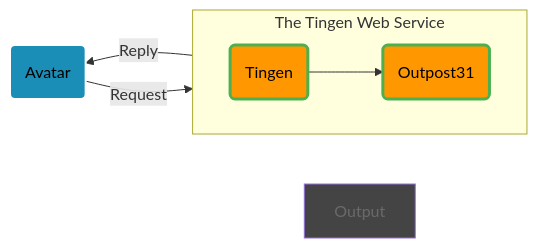
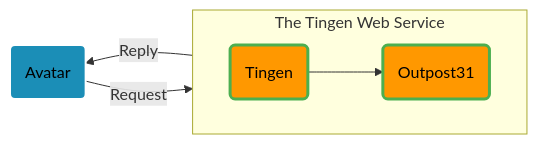
Before and after one commit to spectrum-health-systems/tingen-web-service: the diagram in README.md, drawn with Mermaid. The commit also changed other lines of this file, not shown here.

````diff
--- a/README.md
+++ b/README.md
@@ -52,16 +52,15 @@
 ```mermaid
 flowchart RL
   subgraph TingenWebService["The Tingen Web Service"]
     direction LR
     %% Components
     Tingen(Tingen)
     Outpost31(Outpost31) 
   end
   %% Layout
   Avatar(Avatar) -- Request --> Tingen --> Outpost31 -- Reply --> Avatar
   %% Styles
   style Avatar color:#000000,fill:#1b8eb7,stroke:#FFFFFF,stroke-width:2px
   style Tingen color:#000000,fill:#ff9800,stroke:#4caf50,stroke-width:3px
   style Outpost31 color:#000000,fill:#ff9800,stroke:#4caf50,stroke-width:3px
-  style Output color:#6A6A6A,fill:#444444
 ```
````
